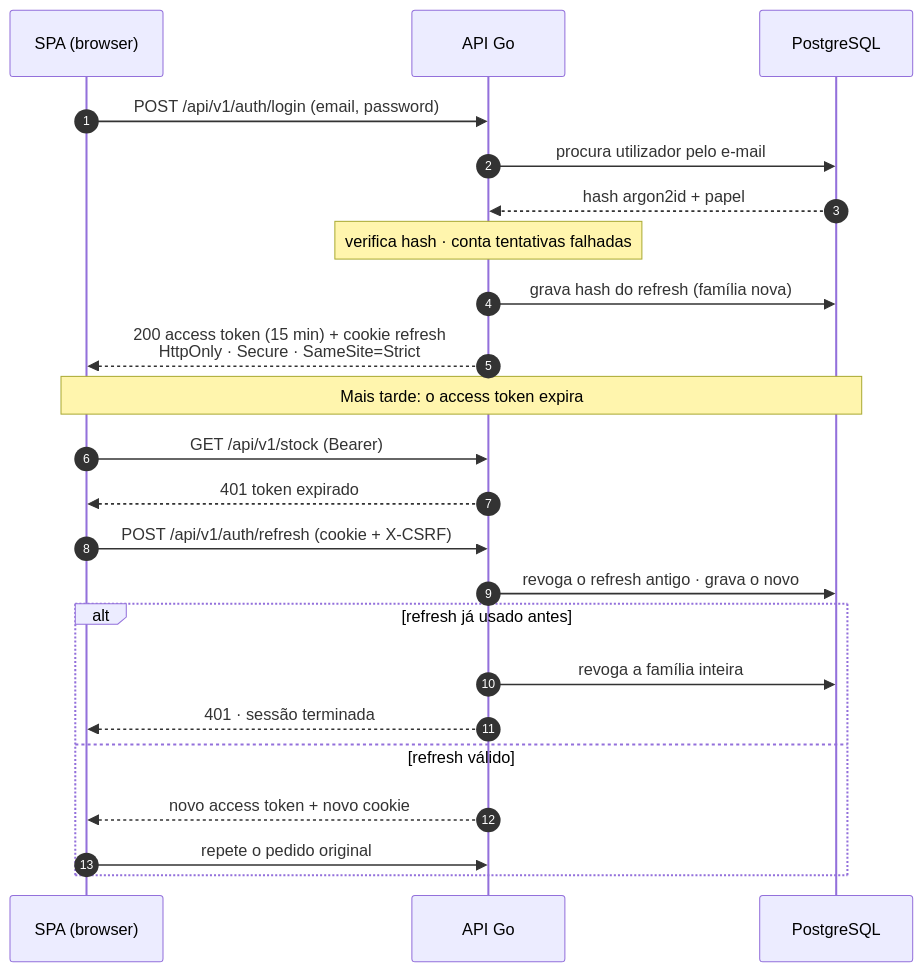
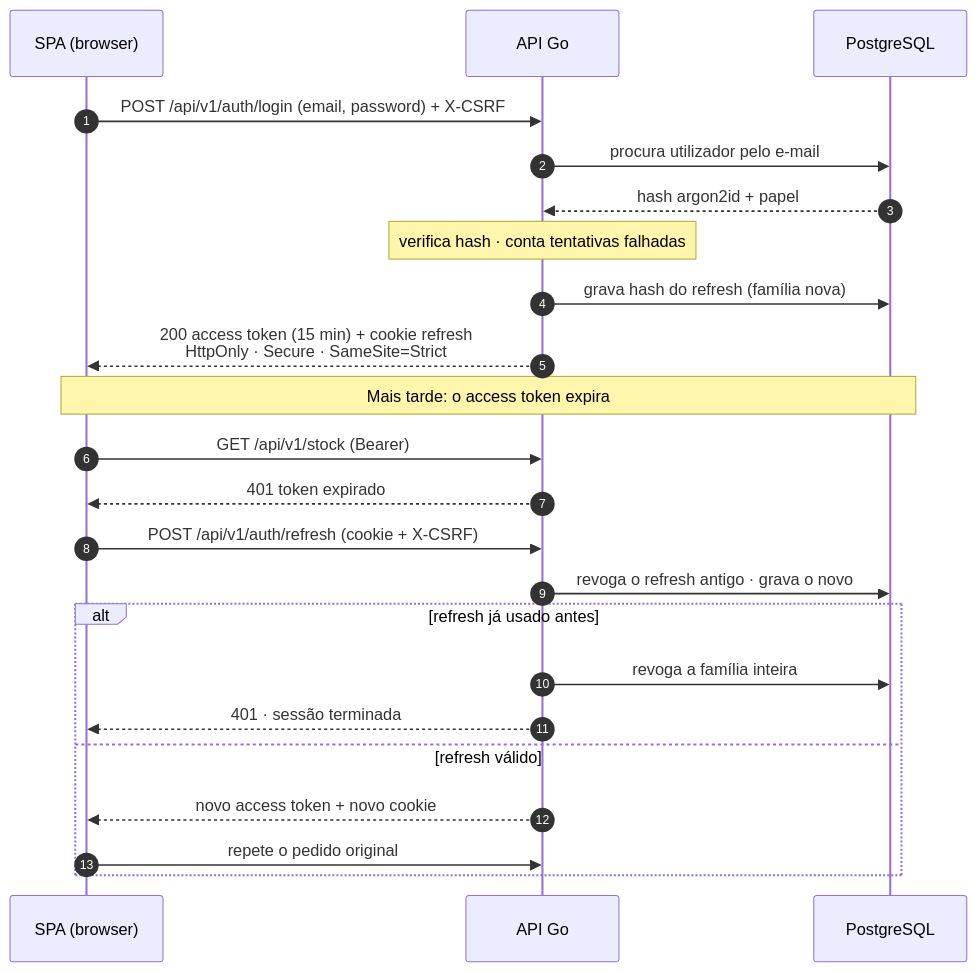
The diagram in docs/security/controls.md (VascoDuart/loja-da-quinta), drawn with Mermaid before and after one commit. The commit also changed other lines of this file and 7 other files, not shown here.

````diff
--- a/docs/security/controls.md
+++ b/docs/security/controls.md
@@ -21,28 +21,28 @@
 ```mermaid
 sequenceDiagram
     autonumber
     participant SPA as SPA (browser)
     participant API as API Go
     participant DB as PostgreSQL
 
-    SPA->>API: POST /api/v1/auth/login (email, password)
+    SPA->>API: POST /api/v1/auth/login (email, password) + X-CSRF
     API->>DB: procura utilizador pelo e-mail
     DB-->>API: hash argon2id + papel
     Note over API: verifica hash · conta tentativas falhadas
     API->>DB: grava hash do refresh (família nova)
     API-->>SPA: 200 access token (15 min) + cookie refresh<br/>HttpOnly · Secure · SameSite=Strict
 
     Note over SPA,DB: Mais tarde: o access token expira
 
     SPA->>API: GET /api/v1/stock (Bearer)
     API-->>SPA: 401 token expirado
     SPA->>API: POST /api/v1/auth/refresh (cookie + X-CSRF)
     API->>DB: revoga o refresh antigo · grava o novo
     alt refresh já usado antes
         API->>DB: revoga a família inteira
         API-->>SPA: 401 · sessão terminada
     else refresh válido
         API-->>SPA: novo access token + novo cookie
         SPA->>API: repete o pedido original
     end
 ```
````
